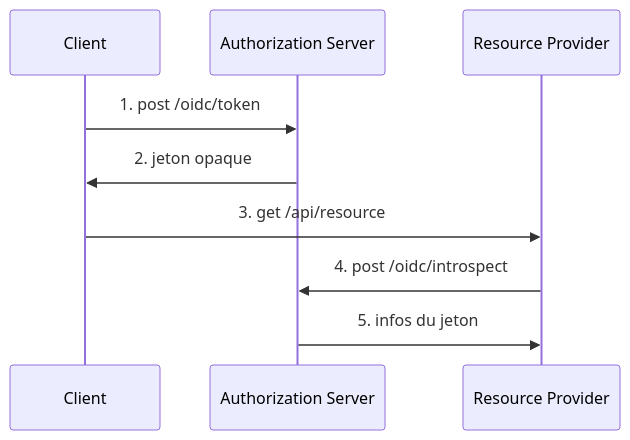
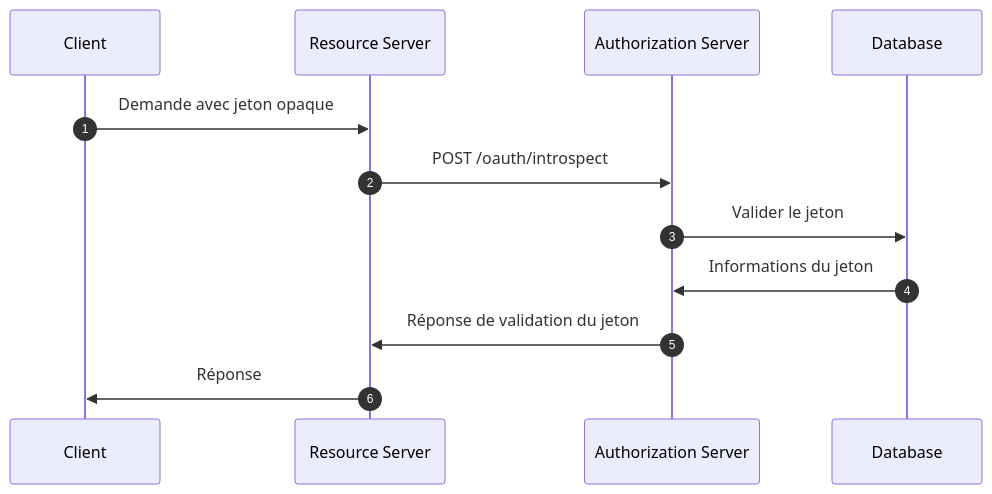
The third of 5 diagrams in src/content/terms/fr/opaque-token.mdx (logto-io/auth-wiki), drawn with Mermaid before and after one commit. The commit also changed other lines of this file and 95 other files, not shown here.

````diff
--- a/src/content/terms/fr/opaque-token.mdx
+++ b/src/content/terms/fr/opaque-token.mdx
@@ -49,13 +80,15 @@
 ```mermaid
 sequenceDiagram
     participant C as Client
+    participant RS as Resource Server
     participant AS as Authorization Server
-    participant RP as Resource Provider
+    participant D as Database
+    autonumber
 
-    C ->> AS: 1. post /oidc/token
-    AS ->> C: 2. jeton opaque
-    C ->> RP: 3. get /api/resource
-    RP ->> AS: 4. post /oidc/introspect
-    AS ->> RP: 5. infos du jeton
-
+    C->>RS: Demande avec jeton opaque
+    RS->>AS: POST /oauth/introspect
+    AS->>D: Valider le jeton
+    D->>AS: Informations du jeton
+    AS->>RS: Réponse de validation du jeton
+    RS->>C: Réponse
 ```
````
